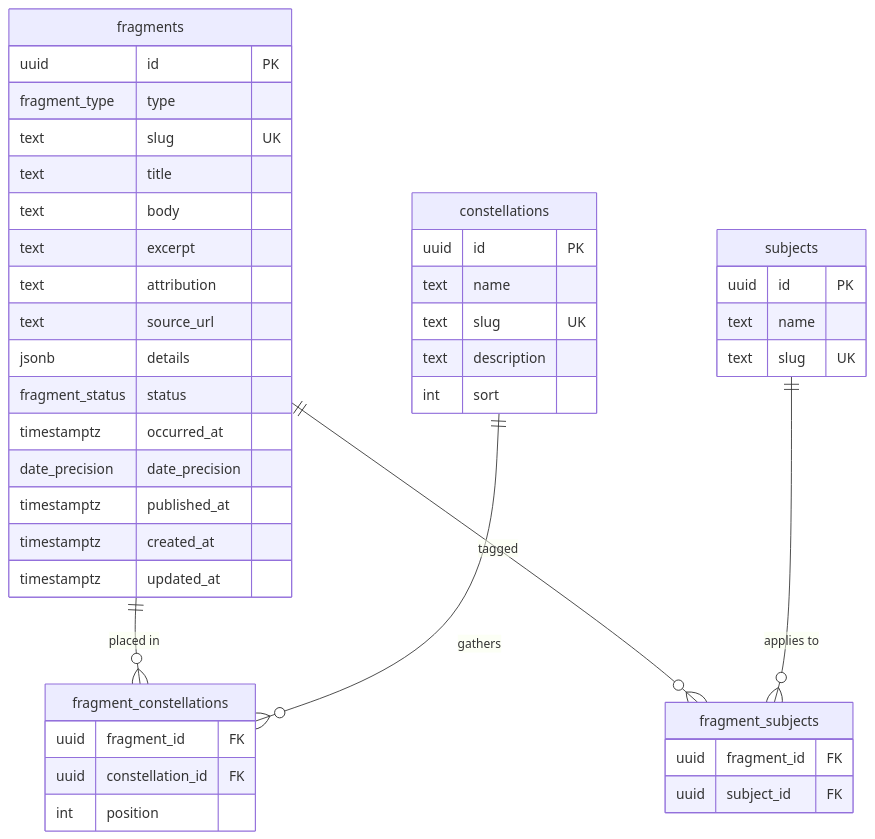
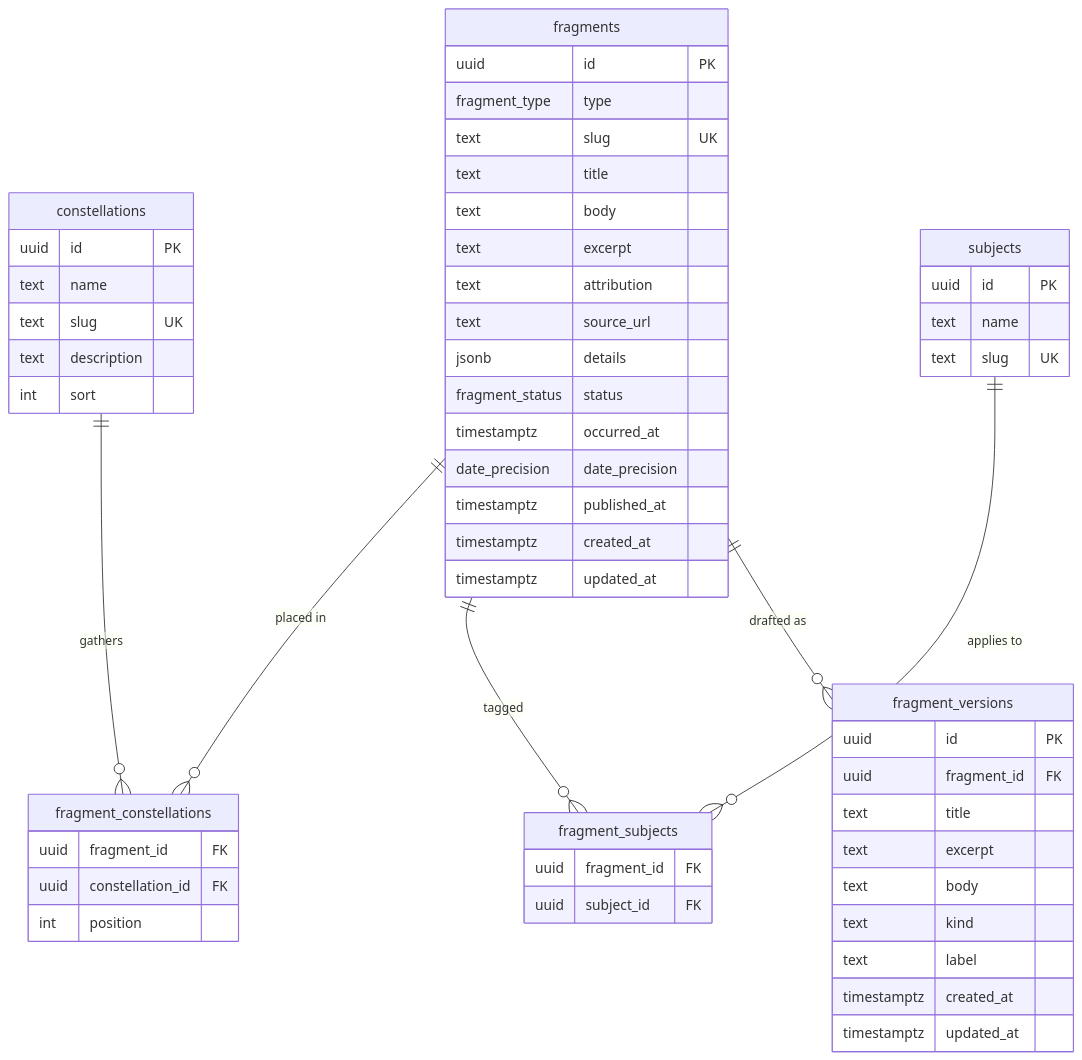
Before and after one commit to michaelchen412/it-only-happens-once: the diagram in docs/data-model.md, drawn with Mermaid. The commit also changed other lines of this file and 2 other files, not shown here.

````diff
--- a/docs/data-model.md
+++ b/docs/data-model.md
@@ -18,46 +18,58 @@
 ```mermaid
 erDiagram
   fragments ||--o{ fragment_constellations : "placed in"
   constellations ||--o{ fragment_constellations : "gathers"
   fragments ||--o{ fragment_subjects : "tagged"
   subjects ||--o{ fragment_subjects : "applies to"
+  fragments ||--o{ fragment_versions : "drafted as"
 
   fragments {
     uuid id PK
     fragment_type type
     text slug UK
     text title
     text body
     text excerpt
     text attribution
     text source_url
     jsonb details
     fragment_status status
     timestamptz occurred_at
     date_precision date_precision
     timestamptz published_at
     timestamptz created_at
     timestamptz updated_at
   }
   constellations {
     uuid id PK
     text name
     text slug UK
     text description
     int sort
   }
   fragment_constellations {
     uuid fragment_id FK
     uuid constellation_id FK
     int position
   }
   subjects {
     uuid id PK
     text name
     text slug UK
   }
   fragment_subjects {
     uuid fragment_id FK
     uuid subject_id FK
   }
+  fragment_versions {
+    uuid id PK
+    uuid fragment_id FK
+    text title
+    text excerpt
+    text body
+    text kind
+    text label
+    timestamptz created_at
+    timestamptz updated_at
+  }
 ```
````
